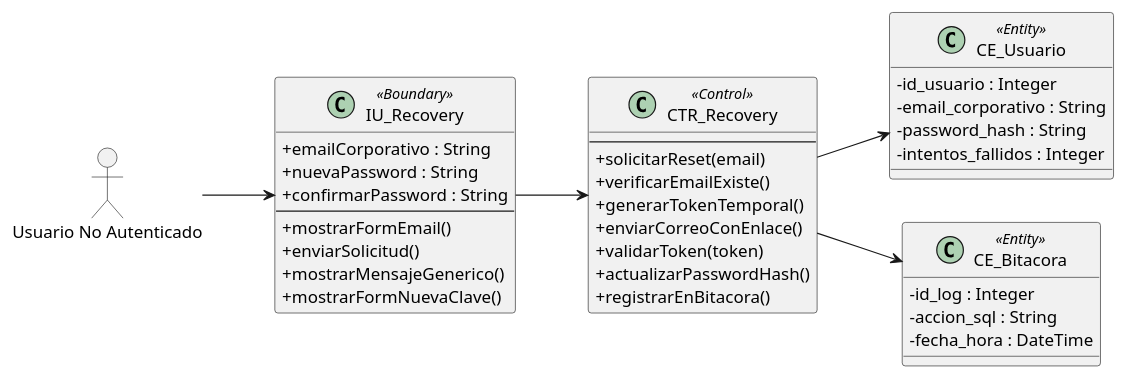
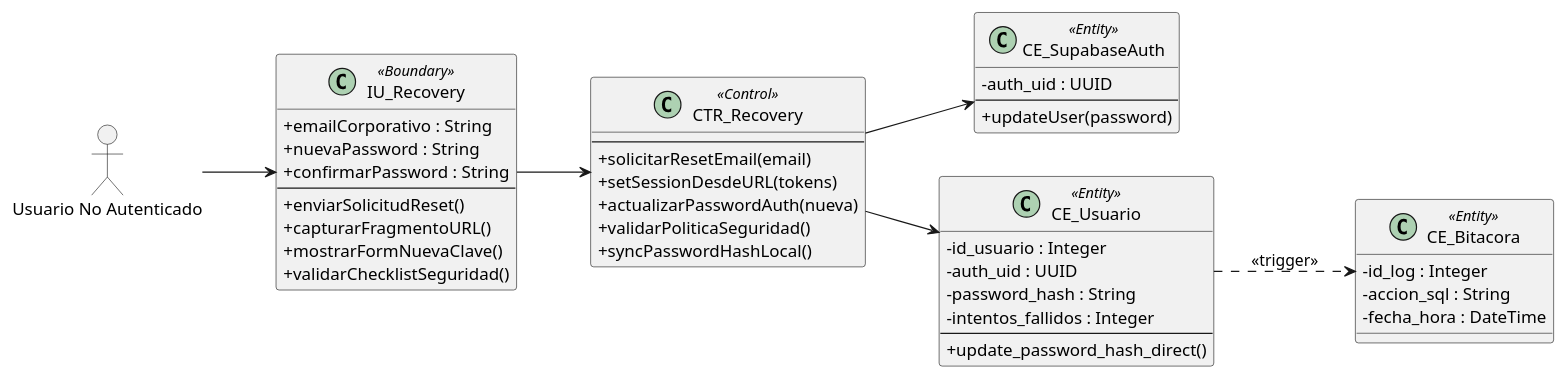
One commit to INGvainilla/grulacOFICIAL changed diagram 45 of 46 in PROYECTO-MAIN/oficial/OFICIAL.md. Above: the diagram before and after it, drawn with PlantUML. The commit also changed other lines of this file and 21 other files, not shown here.

````diff
--- a/PROYECTO-MAIN/oficial/OFICIAL.md
+++ b/PROYECTO-MAIN/oficial/OFICIAL.md
@@ -3018,49 +3162,56 @@
 ```plantuml
 @startuml DClases_CU32
 allowmixing
 left to right direction
 skinparam classAttributeIconSize 0
 skinparam backgroundColor transparent
 actor "Usuario No Autenticado" as Actor
 
 class "IU_Recovery" as IU <<Boundary>> {
   + emailCorporativo : String
   + nuevaPassword : String
   + confirmarPassword : String
   --
-  + mostrarFormEmail()
-  + enviarSolicitud()
-  + mostrarMensajeGenerico()
+  + enviarSolicitudReset()
+  + capturarFragmentoURL()
   + mostrarFormNuevaClave()
+  + validarChecklistSeguridad()
 }
 
 class "CTR_Recovery" as CTR <<Control>> {
   --
-  + solicitarReset(email)
-  + verificarEmailExiste()
-  + generarTokenTemporal()
-  + enviarCorreoConEnlace()
-  + validarToken(token)
-  + actualizarPasswordHash()
-  + registrarEnBitacora()
+  + solicitarResetEmail(email)
+  + setSessionDesdeURL(tokens)
+  + actualizarPasswordAuth(nueva)
+  + validarPoliticaSeguridad()
+  + syncPasswordHashLocal()
+}
+
+class "CE_SupabaseAuth" as AUTH <<Entity>> {
+  - auth_uid : UUID
+  --
+  + updateUser(password)
 }
 
 class "CE_Usuario" as ENT1 <<Entity>> {
   - id_usuario : Integer
-  - email_corporativo : String
+  - auth_uid : UUID
   - password_hash : String
   - intentos_fallidos : Integer
+  --
+  + update_password_hash_direct()
 }
 
 class "CE_Bitacora" as ENT2 <<Entity>> {
   - id_log : Integer
   - accion_sql : String
   - fecha_hora : DateTime
 }
 
 Actor --> IU
 IU --> CTR
+CTR --> AUTH
 CTR --> ENT1
-CTR --> ENT2
+ENT1 ..> ENT2 : <<trigger>>
 @enduml
 ```
````
